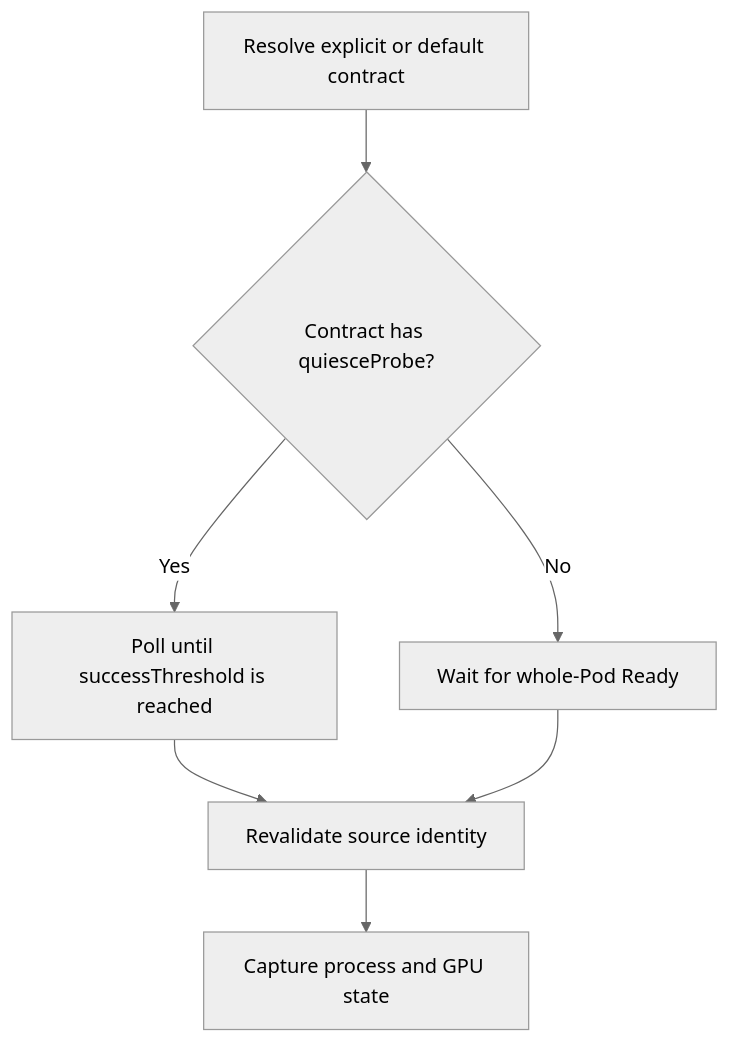
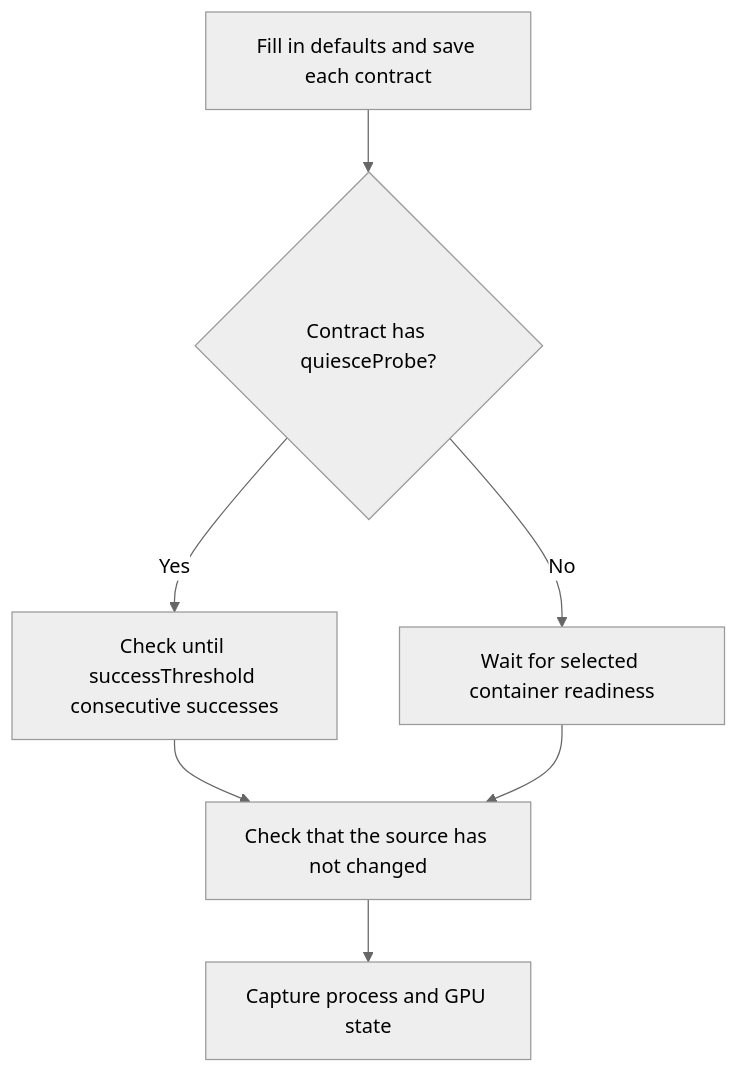
Before and after one commit to ai-dynamo/snapshot: the first of 2 diagrams in docs/proposals/411-application-lifecycle-hooks/README.md, drawn with Mermaid (neutral theme). The commit also changed other lines of this file, not shown here.

Commit message:
docs(proposals): simplify inline application contract design

````diff
--- a/docs/proposals/411-application-lifecycle-hooks/README.md
+++ b/docs/proposals/411-application-lifecycle-hooks/README.md
@@ -362,9 +359,9 @@
 ```mermaid
 flowchart TD
-    A[Resolve explicit or default contract] --> B{Contract has quiesceProbe?}
-    B -->|Yes| C[Poll until successThreshold is reached]
-    B -->|No| D[Wait for whole-Pod Ready]
-    C --> E[Revalidate source identity]
+    A[Fill in defaults and save each contract] --> B{Contract has quiesceProbe?}
+    B -->|Yes| C[Check until successThreshold consecutive successes]
+    B -->|No| D[Wait for selected container readiness]
+    C --> E[Check that the source has not changed]
     D --> E
     E --> F[Capture process and GPU state]
 ```
````
